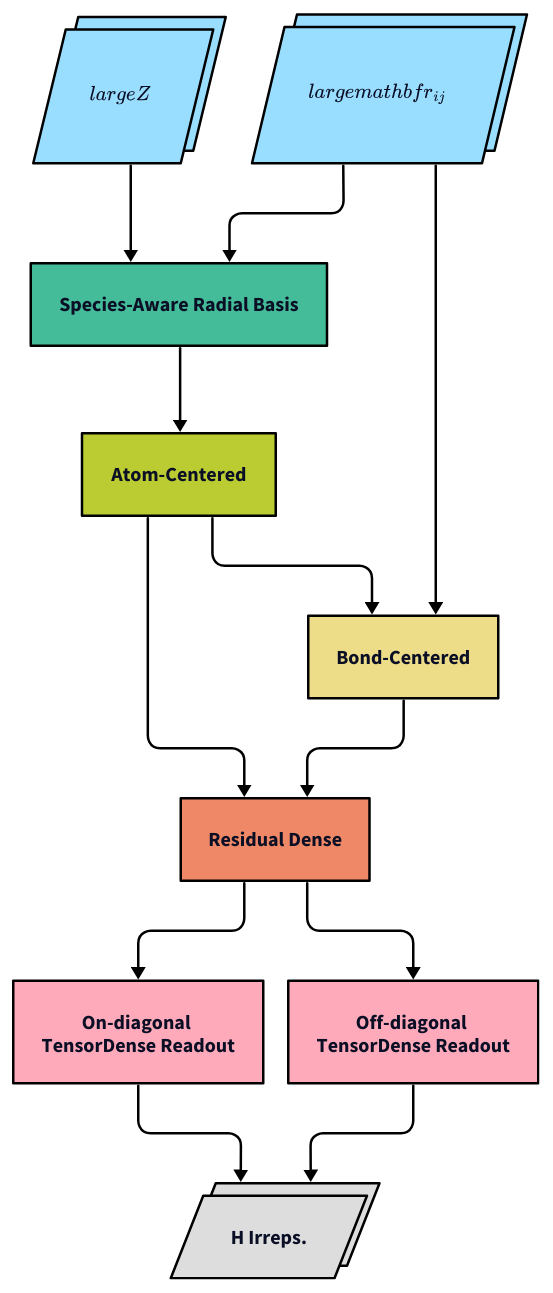
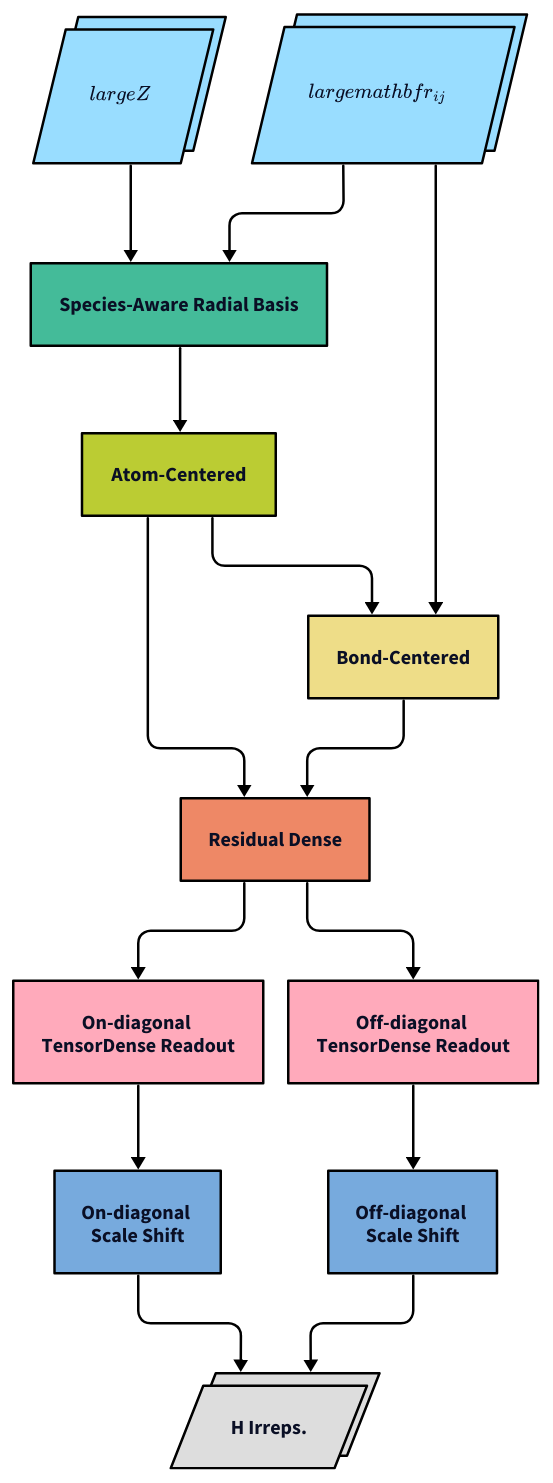
One commit to SamsungDS/gears_h changed the diagram in architecture_figures/0_overview.d2. Above: the diagram before and after it, drawn with D2.

Commit message:
Add scale shifts to architechture overview.

```diff
--- a/architecture_figures/0_overview.d2
+++ b/architecture_figures/0_overview.d2
@@ -1,97 +1,105 @@
 # direction: right
 vars: {
   d2-config: {
     layout-engine: elk
     # theme-id: 200
     pad: 10
   }
 }
 
 z: {
   label: ""
   equation: |latex
     \large{Z}
   |
   class: input
 }
 r: {label: ""
     equation: |latex
         \large{\mathbf{r}_{ij}}
     |
     class: input
 }
 
 sarb: Species-Aware Radial Basis {class: sarb}
 ac: Atom-Centered {class: ac}
 bc: Bond-Centered {class: bc}
 rd: Residual Dense {class: rd}
 ondro: On-diagonal \nTensorDense Readout {class: ro}
 offdro: Off-diagonal \nTensorDense Readout {class: ro}
+onscsh: On-diagonal \nScale Shift {class: scaleshift}
+offscsh: Off-diagonal \nScale Shift {class: scaleshift}
 outs: H Irreps. {class: outs}
 
 ac -> rd: {style: {stroke: "#000000"}}
 z -> sarb -> ac -> bc -> rd: {style: {stroke: "#000000"}}
 r -> sarb: {style: {stroke: "#000000"}}
 r -> bc: {style: {stroke: "#000000"}}
-rd -> ondro -> outs: {style: {stroke: "#000000"}}
-rd -> offdro -> outs: {style: {stroke: "#000000"}}
+rd -> ondro -> onscsh -> outs: {style: {stroke: "#000000"}}
+rd -> offdro -> offscsh -> outs: {style: {stroke: "#000000"}}
 
 classes: {
   empty: {
     label: ""
     width: 50
     height: 50
     style: {
       fill: transparent
       stroke: transparent
     }
   }
   sarb: {
     style: {
       fill: "#44BB99"
       stroke: "#000000"
     }
   }
   ac: {
     style: {
       fill: "#BBCC33"
       stroke: "#000000"
     }
   }
   bc: {
     style: {
       fill: "#EEDD88"
       stroke: "#000000"
     }
   }
   rd: {
     style: {
       fill: "#EE8866"
       stroke: "#000000"
     }
   }
   ro: {
     style: {
       fill: "#FFAABB"
       stroke: "#000000"
     }
   }
+  scaleshift: {
+    style: {
+      fill: "#77AADD"
+      stroke: "#000000"
+    }
+  }
   outs: {
     style: {
       fill: "#DDDDDD"
       stroke: "#000000"
       multiple: true
     }
     shape: parallelogram
   }
   input: {
     width: 50
     height: 50
     shape: parallelogram
     style: {
       fill: "#99DDFF"
       stroke: "#000000"
       multiple: true
     }
   }
 }
```
